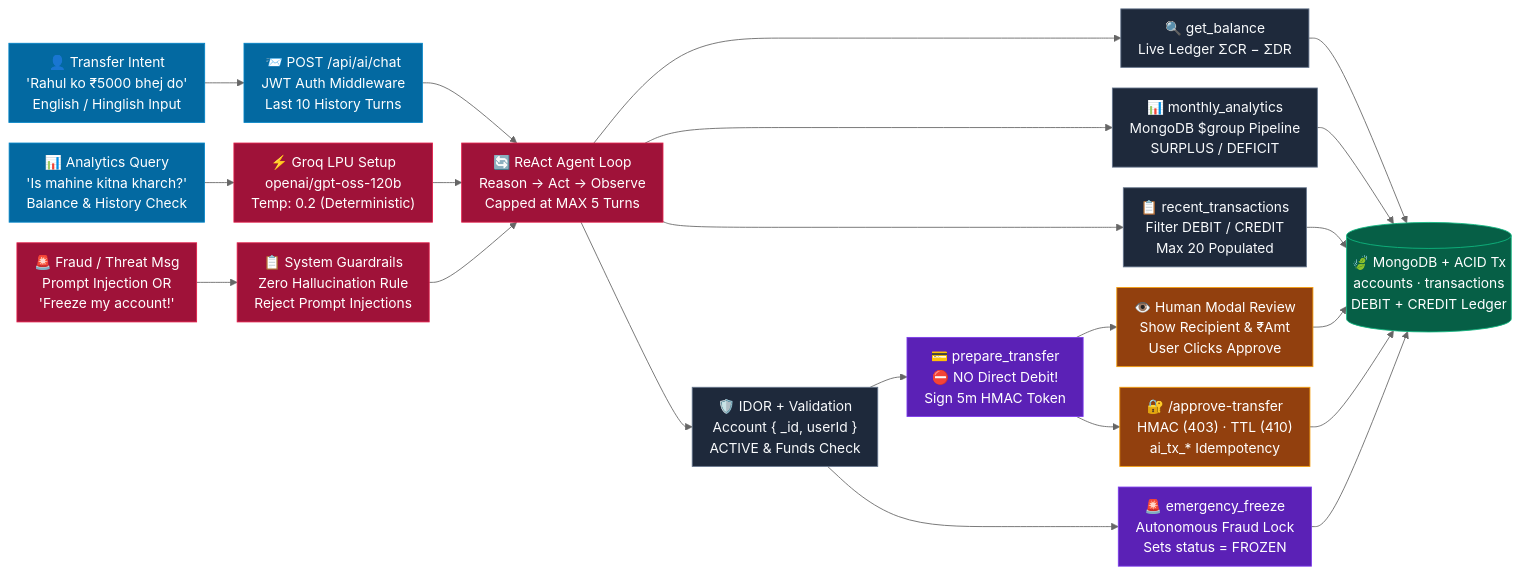
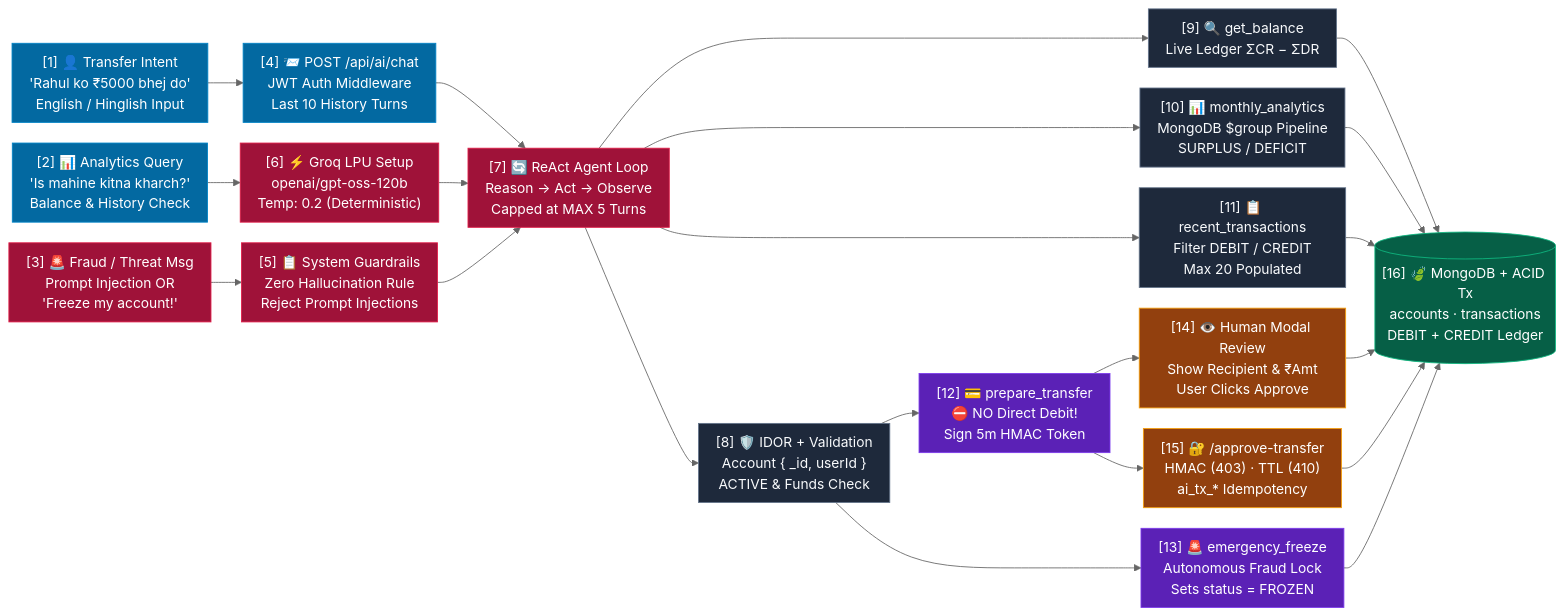
The diagram in architecture_sheets/PRINT_AI.md (ARPITPRAJAPATI/Advance_bank_system), drawn with Mermaid (neutral theme) before and after one commit. The commit also changed 12 other files, not shown here.

Commit message:
docs: add architecture documentation sheets for KubePay system

````diff
--- a/architecture_sheets/PRINT_AI.md
+++ b/architecture_sheets/PRINT_AI.md
@@ -3,50 +3,50 @@
 ```mermaid
 %%{init: {'flowchart': {'nodeSpacing': 24, 'rankSpacing': 34, 'padding': 10}}}%%
 graph LR
 
-  U1["👤 Transfer Intent<br/>'Rahul ko ₹5000 bhej do'<br/>English / Hinglish Input"]
-  U2["📊 Analytics Query<br/>'Is mahine kitna kharch?'<br/>Balance & History Check"]
-  U3["🚨 Fraud / Threat Msg<br/>Prompt Injection OR<br/>'Freeze my account!'"]
+  U1["[1] 👤 Transfer Intent<br/>'Rahul ko ₹5000 bhej do'<br/>English / Hinglish Input"]
+  U2["[2] 📊 Analytics Query<br/>'Is mahine kitna kharch?'<br/>Balance & History Check"]
+  U3["[3] 🚨 Fraud / Threat Msg<br/>Prompt Injection OR<br/>'Freeze my account!'"]
 
-  A2["📨 POST /api/ai/chat<br/>JWT Auth Middleware<br/>Last 10 History Turns"]
-  G2["⚡ Groq LPU Setup<br/>openai/gpt-oss-120b<br/>Temp: 0.2 (Deterministic)"]
-  S2["📋 System Guardrails<br/>Zero Hallucination Rule<br/>Reject Prompt Injections"]
+  A2["[4] 📨 POST /api/ai/chat<br/>JWT Auth Middleware<br/>Last 10 History Turns"]
+  G2["[6] ⚡ Groq LPU Setup<br/>openai/gpt-oss-120b<br/>Temp: 0.2 (Deterministic)"]
+  S2["[5] 📋 System Guardrails<br/>Zero Hallucination Rule<br/>Reject Prompt Injections"]
 
-  R3["🔄 ReAct Agent Loop<br/>Reason → Act → Observe<br/>Capped at MAX 5 Turns"]
-  ID3["🛡️ IDOR + Validation<br/>Account { _id, userId }<br/>ACTIVE & Funds Check"]
+  R3["[7] 🔄 ReAct Agent Loop<br/>Reason → Act → Observe<br/>Capped at MAX 5 Turns"]
+  ID3["[8] 🛡️ IDOR + Validation<br/>Account { _id, userId }<br/>ACTIVE & Funds Check"]
 
-  T4a["🔍 get_balance<br/>Live Ledger ΣCR − ΣDR"]
-  T4b["📊 monthly_analytics<br/>MongoDB $group Pipeline<br/>SURPLUS / DEFICIT"]
-  T4c["📋 recent_transactions<br/>Filter DEBIT / CREDIT<br/>Max 20 Populated"]
-  T4d["💳 prepare_transfer<br/>⛔ NO Direct Debit!<br/>Sign 5m HMAC Token"]
-  T4e["🚨 emergency_freeze<br/>Autonomous Fraud Lock<br/>Sets status = FROZEN"]
+  T4a["[9] 🔍 get_balance<br/>Live Ledger ΣCR − ΣDR"]
+  T4b["[10] 📊 monthly_analytics<br/>MongoDB $group Pipeline<br/>SURPLUS / DEFICIT"]
+  T4c["[11] 📋 recent_transactions<br/>Filter DEBIT / CREDIT<br/>Max 20 Populated"]
+  T4d["[12] 💳 prepare_transfer<br/>⛔ NO Direct Debit!<br/>Sign 5m HMAC Token"]
+  T4e["[13] 🚨 emergency_freeze<br/>Autonomous Fraud Lock<br/>Sets status = FROZEN"]
 
-  H5a["👁️ Human Modal Review<br/>Show Recipient & ₹Amt<br/>User Clicks Approve"]
-  H5b["🔐 /approve-transfer<br/>HMAC (403) · TTL (410)<br/>ai_tx_* Idempotency"]
-  DB5[("🍃 MongoDB + ACID Tx<br/>accounts · transactions<br/>DEBIT + CREDIT Ledger")]
+  H5a["[14] 👁️ Human Modal Review<br/>Show Recipient & ₹Amt<br/>User Clicks Approve"]
+  H5b["[15] 🔐 /approve-transfer<br/>HMAC (403) · TTL (410)<br/>ai_tx_* Idempotency"]
+  DB5[("[16] 🍃 MongoDB + ACID Tx<br/>accounts · transactions<br/>DEBIT + CREDIT Ledger")]
 
   U1 --> A2 --> R3
   U2 --> G2 --> R3
   U3 --> S2 --> R3
   R3 --> ID3
   R3 --> T4a --> DB5
   R3 --> T4b --> DB5
   R3 --> T4c --> DB5
   ID3 --> T4d --> H5a --> DB5
   T4d --> H5b --> DB5
   ID3 --> T4e --> DB5
 
   classDef usr fill:#0369a1,stroke:#0284c7,color:#fff
   classDef ai fill:#9f1239,stroke:#e11d48,color:#fff
   classDef tool fill:#1e293b,stroke:#64748b,color:#f8fafc
   classDef act fill:#5b21b6,stroke:#7c3aed,color:#fff
   classDef hitl fill:#92400e,stroke:#f59e0b,color:#fff
   classDef db fill:#065f46,stroke:#10b981,color:#fff
 
   class U1,U2,A2 usr
   class U3,S2,G2,R3 ai
   class ID3,T4a,T4b,T4c tool
   class T4d,T4e act
   class H5a,H5b hitl
   class DB5 db
 ```
````
